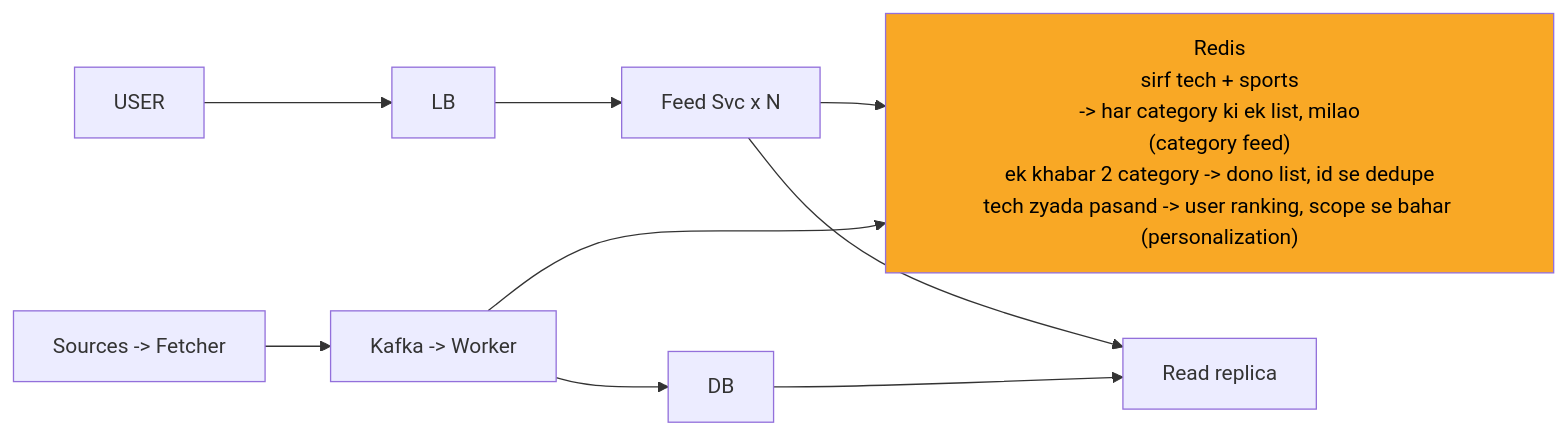
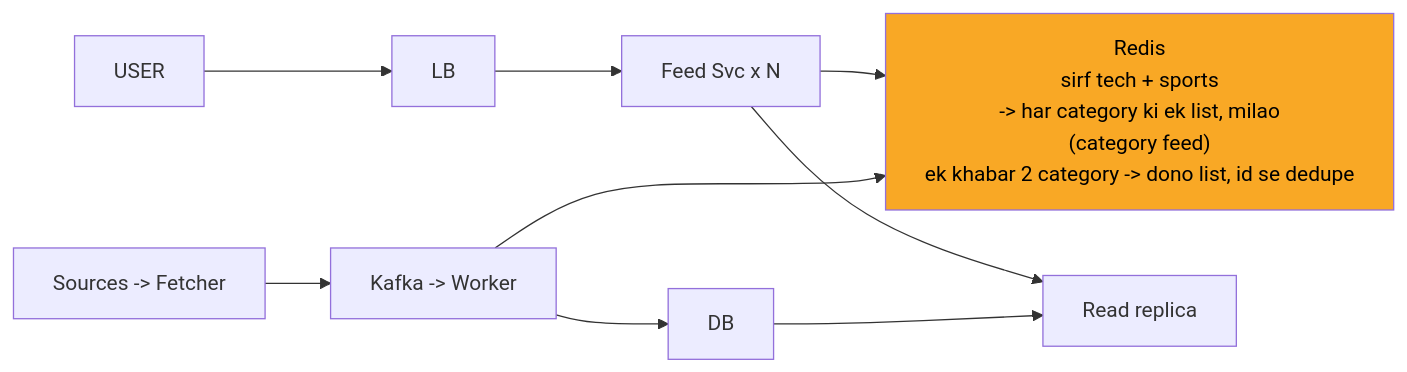
The seventh of 11 diagrams in 04_HLD/SYSTEM_DESIGNS/08_news_aggregator/08_news_aggregator_INTERVIEW.md (ArpanMaheshwari144/Prep), drawn with Mermaid before and after one commit. The commit also changed other lines of this file and 13 other files, not shown here.

````diff
--- a/04_HLD/SYSTEM_DESIGNS/08_news_aggregator/08_news_aggregator_INTERVIEW.md
+++ b/04_HLD/SYSTEM_DESIGNS/08_news_aggregator/08_news_aggregator_INTERVIEW.md
@@ -271,21 +271,21 @@
 ```mermaid
 %%{init: {"flowchart": {"wrappingWidth": 450}}}%%
 flowchart LR
     n_USER["USER"]
     n_LB["LB"]
     n_Feed_Svc_xN["Feed Svc x N"]
-    n_Redis["Redis<br/>sirf tech + sports<br/>-> har category ki ek list, milao<br/>(category feed)<br/>ek khabar 2 category -> dono list, id se dedupe<br/>tech zyada pasand -> user ranking, scope se bahar (personalization)"]
+    n_Redis["Redis<br/>sirf tech + sports<br/>-> har category ki ek list, milao<br/>(category feed)<br/>ek khabar 2 category -> dono list, id se dedupe"]
     n_Read_replica["Read replica"]
     n_DB["DB"]
     n_KW["Kafka -> Worker"]
     n_SF["Sources -> Fetcher"]
     n_USER --> n_LB
     n_LB --> n_Feed_Svc_xN
     n_Feed_Svc_xN --> n_Redis
     n_Feed_Svc_xN --> n_Read_replica
     n_DB --> n_Read_replica
     n_KW --> n_DB
     n_KW --> n_Redis
     n_SF --> n_KW
     style n_Redis fill:#f9a825,color:#000
 ```
````
